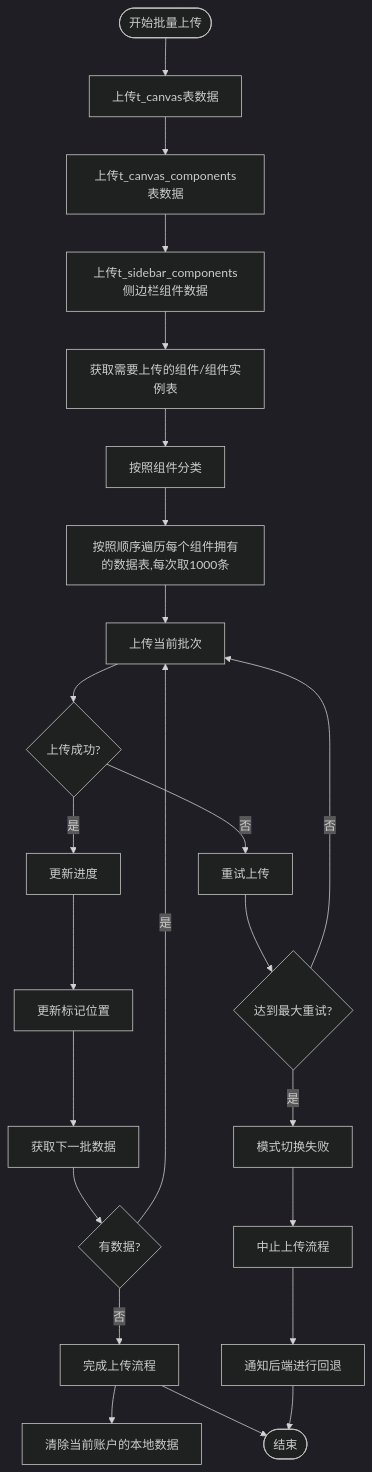
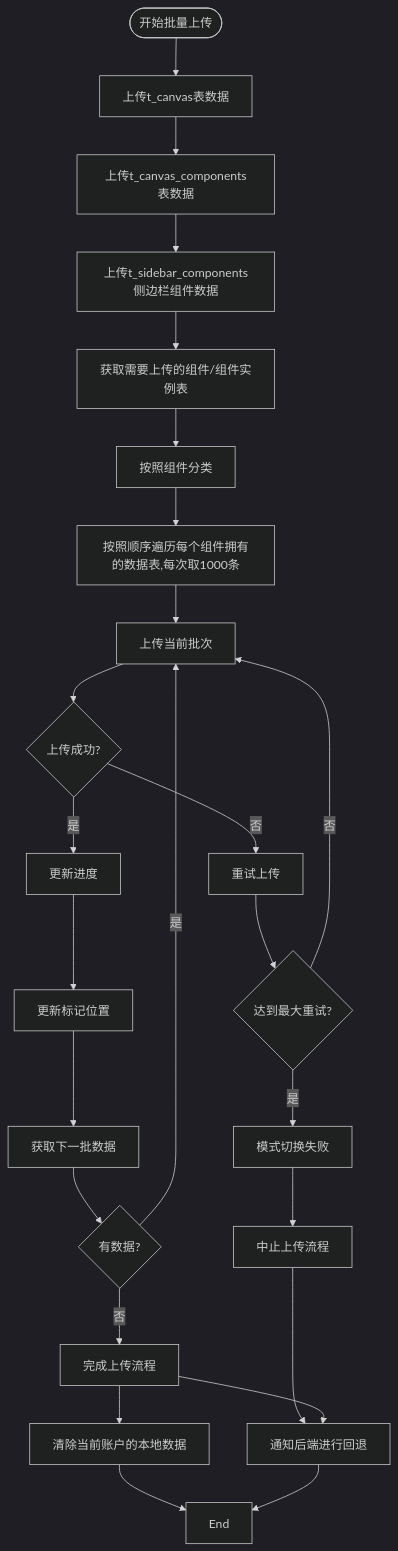
The diagram in all/未命名-51.md (yingjianzh/iodraw-files), drawn with Mermaid (dark theme) before and after one commit.

Commit message:
2025-05-08 17:42:02 update

````diff
--- a/all/未命名-51.md
+++ b/all/未命名-51.md
@@ -1,33 +1,34 @@
 ```mermaid
 flowchart TD
     Start([开始批量上传]) --> UploadSpaceData[上传t_canvas表数据]
     UploadSpaceData --> UploadComponentListData[上传t_canvas_components表数据]
     UploadComponentListData --> UploadSiderComponent[上传t_sidebar_components侧边栏组件数据]
     UploadSiderComponent --> FetchData[获取需要上传的组件/组件实例表]
     FetchData --> ClassifyData[按照组件分类]
     ClassifyData --> UploadData[按照顺序遍历每个组件拥有的数据表,每次取1000条]
     UploadData --> UploadBatch[上传当前批次]
     
     UpdateProgress --> UpdateMarker[更新标记位置]
     UpdateMarker --> FetchNextBatch[获取下一批数据]
     
     FetchNextBatch --> CheckResults{有数据?}
     CheckResults -->|否| CompleteUpload[完成上传流程]
     CheckResults -->|是| UploadBatch
 
     
     UploadBatch --> UploadSuccess{上传成功?}
     UploadSuccess -->|是| UpdateProgress[更新进度]
     UploadSuccess -->|否| RetryUpload[重试上传]
     
     RetryUpload --> MaxRetries{达到最大重试?}
     MaxRetries -->|否| UploadBatch
     MaxRetries -->|是| ErrorHandling[模式切换失败]
     
     ErrorHandling --> AbortProcess[中止上传流程]
     AbortProcess --> ReportError[通知后端进行回退]
     
     CompleteUpload --> DeleteLocalData[清除当前账户的本地数据]
-    CompleteUpload --> End([结束])
+    DeleteLocalData --> End
+    CompleteUpload --> 
     ReportError --> End
 ```
````
